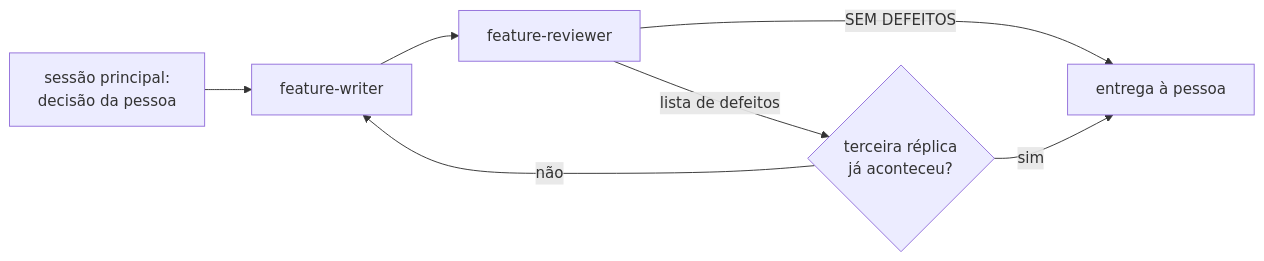
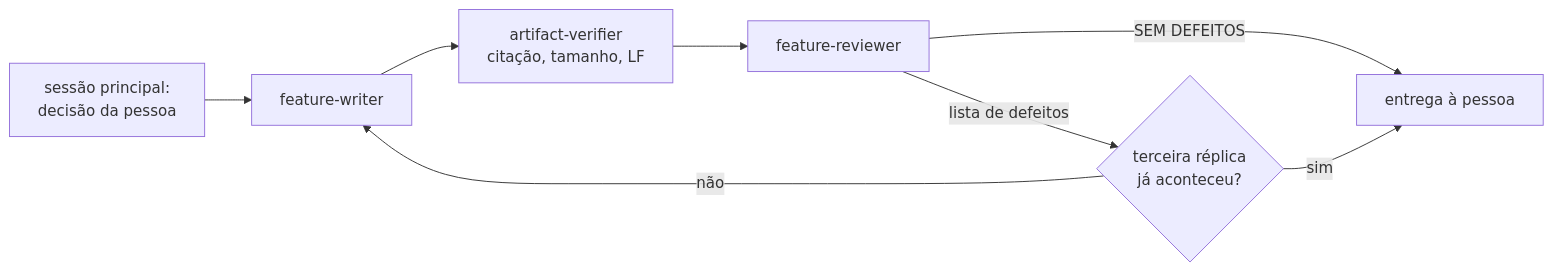
Before and after one commit to da0hn/distributed-systems-experiment-lab: the diagram in .claude/skills/feature-planning/SKILL.md, drawn with Mermaid. The commit also changed other lines of this file and 4 other files, not shown here.

````diff
--- a/.claude/skills/feature-planning/SKILL.md
+++ b/.claude/skills/feature-planning/SKILL.md
@@ -91,9 +102,10 @@
 ```mermaid
 flowchart LR
     S["sessão principal:<br/>decisão da pessoa"] --> W["feature-writer"]
-    W --> R["feature-reviewer"]
+    W --> V["artifact-verifier<br/>citação, tamanho, LF"]
+    V --> R["feature-reviewer"]
     R -->|" SEM DEFEITOS "| P["entrega à pessoa"]
     R -->|" lista de defeitos "| C{"terceira réplica<br/>já aconteceu?"}
     C -->|" não "| W
     C -->|" sim "| P
 ```
````
